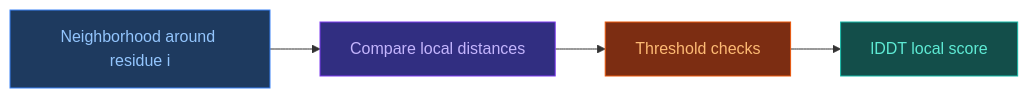
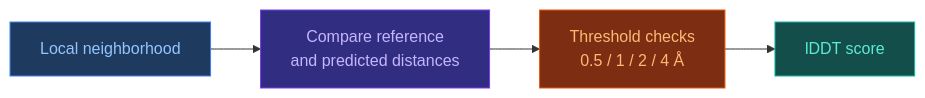
One commit to OlehVolkov/AlphaFold3-AIGen-KnowledgeBase changed the diagram in EN/2. Concepts/2.3. Structural-Bioinformatics/2.3.2. lDDT.md. Above: the diagram before and after it, drawn with Mermaid. The commit also changed other lines of this file and 33 other files, not shown here.

````diff
--- a/EN/2. Concepts/2.3. Structural-Bioinformatics/2.3.2. lDDT.md
+++ b/EN/2. Concepts/2.3. Structural-Bioinformatics/2.3.2. lDDT.md
@@ -21,13 +49,13 @@
 ```mermaid
 flowchart LR
-    N[Neighborhood around residue i]:::input --> C[Compare local distances]:::trunk
-    C --> T[Threshold checks]:::confidence
-    T --> L[lDDT local score]:::output
+    N["Local neighborhood"]:::input --> C["Compare reference<br/>and predicted distances"]:::trunk
+    C --> T["Threshold checks<br/>0.5 / 1 / 2 / 4 Å"]:::confidence
+    T --> L["lDDT score"]:::output
 
     classDef input fill:#1e3a5f,stroke:#3b82f6,color:#93c5fd
     classDef trunk fill:#312e81,stroke:#7c3aed,color:#c4b5fd
     classDef diffusion fill:#14532d,stroke:#22c55e,color:#86efac
     classDef confidence fill:#7c2d12,stroke:#ea580c,color:#fdba74
     classDef output fill:#134e4a,stroke:#14b8a6,color:#5eead4
     classDef neutral fill:#1e293b,stroke:#475569,color:#94a3b8
 ```
````
